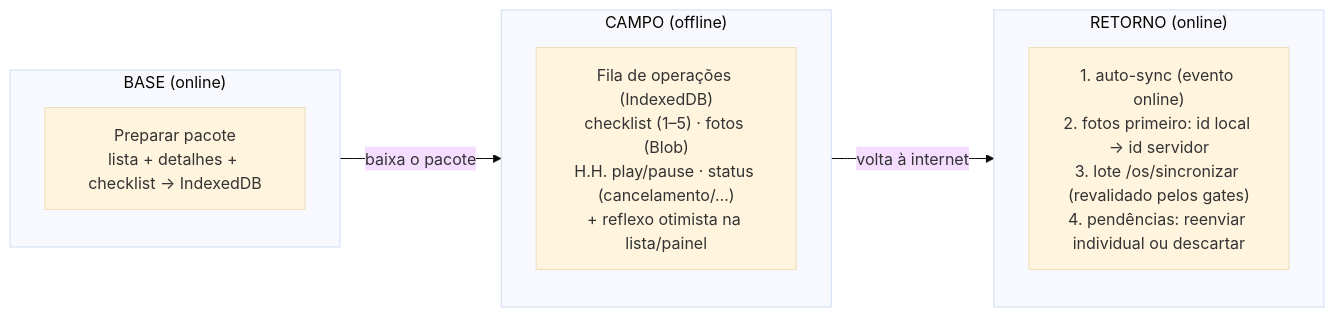
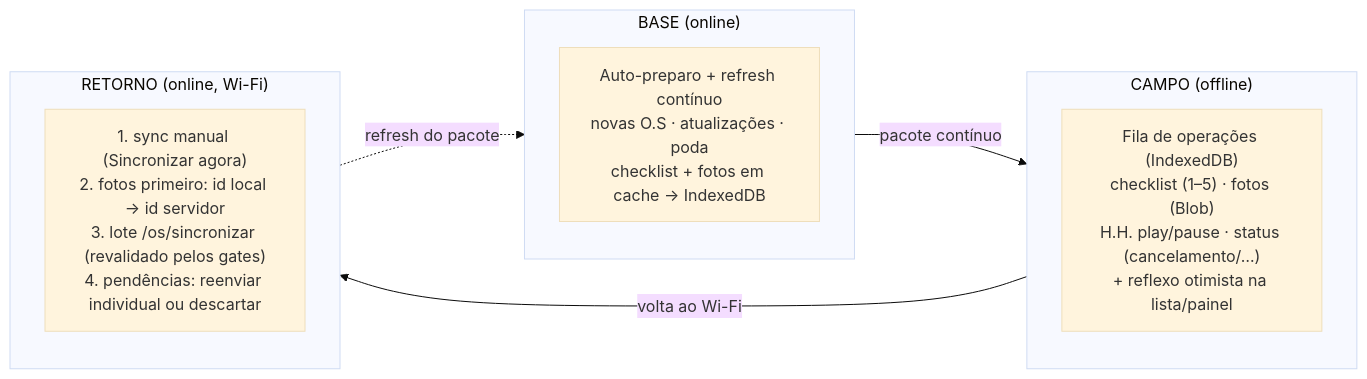
The fourth of 4 diagrams in DIAGRAMA_OS.md (Edenir-Munaretto/App_Munaretto), drawn with Mermaid (base theme) before and after one commit. The commit also changed other lines of this file and 6 other files, not shown here.

Commit message:
modo campo: checklist consistente + fase 3 (fotos offline, indicador e estado sem pacote)

````diff
--- a/DIAGRAMA_OS.md
+++ b/DIAGRAMA_OS.md
@@ -165,15 +165,16 @@
 ```mermaid
 flowchart LR
     subgraph Base["BASE (online)"]
-        P["Preparar pacote<br/>lista + detalhes + checklist → IndexedDB"]
+        P["Auto-preparo + refresh contínuo<br/>novas O.S · atualizações · poda<br/>checklist + fotos em cache → IndexedDB"]
     end
     subgraph Campo["CAMPO (offline)"]
         F["Fila de operações (IndexedDB)<br/>checklist (1–5) · fotos (Blob)<br/>H.H. play/pause · status (cancelamento/…)<br/>+ reflexo otimista na lista/painel"]
     end
-    subgraph Retorno["RETORNO (online)"]
-        S["1. auto-sync (evento online)<br/>2. fotos primeiro: id local → id servidor<br/>3. lote /os/sincronizar (revalidado pelos gates)<br/>4. pendências: reenviar individual ou descartar"]
+    subgraph Retorno["RETORNO (online, Wi-Fi)"]
+        S["1. sync manual (Sincronizar agora)<br/>2. fotos primeiro: id local → id servidor<br/>3. lote /os/sincronizar (revalidado pelos gates)<br/>4. pendências: reenviar individual ou descartar"]
     end
 
-    Base -->|"baixa o pacote"| Campo
-    Campo -->|"volta à internet"| Retorno
+    Base -->|"pacote contínuo"| Campo
+    Campo -->|"volta ao Wi-Fi"| Retorno
+    Retorno -.->|"refresh do pacote"| Base
 ```
````
